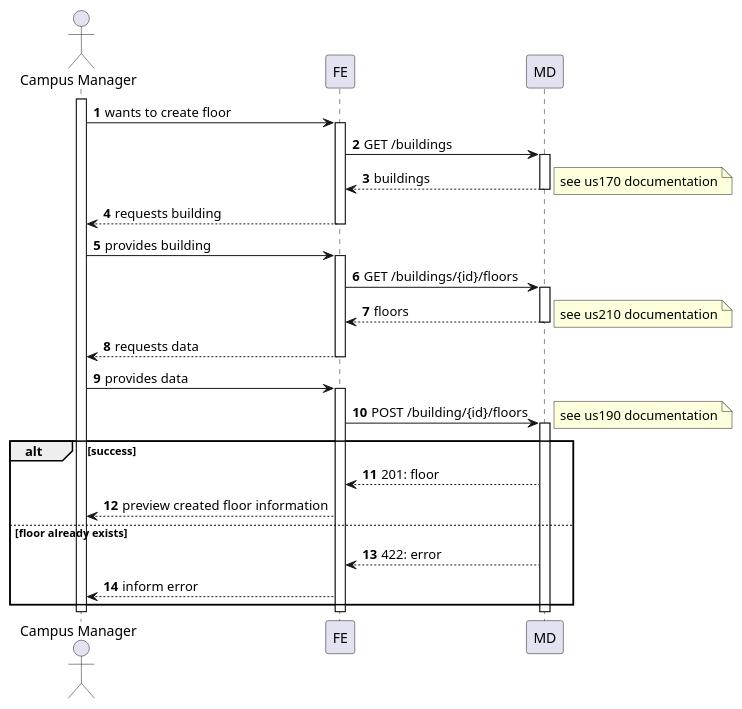
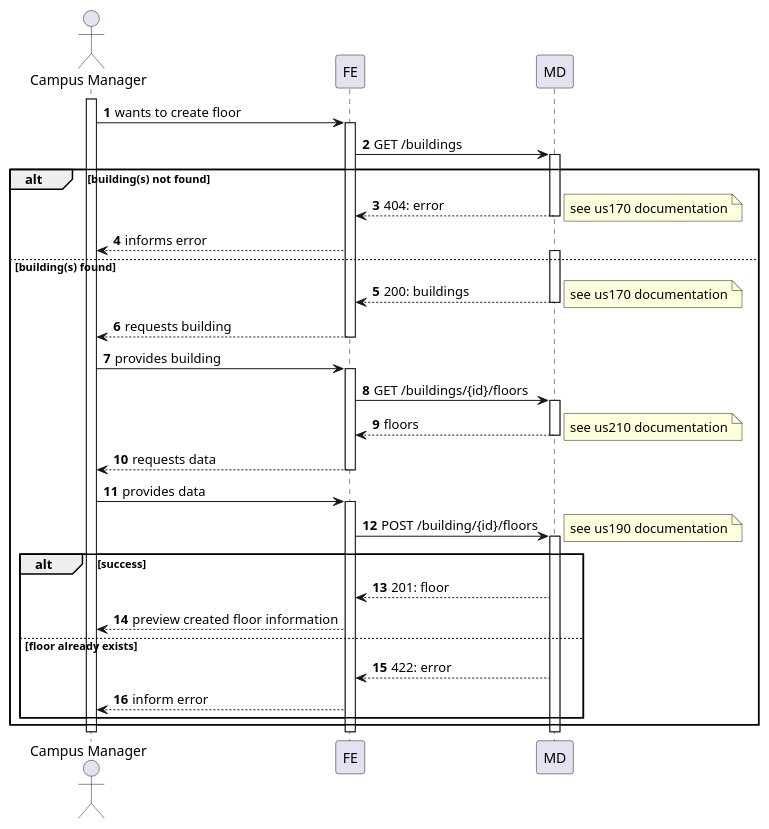
Before and after one commit to Departamento-de-Engenharia-Informatica/lapr5-23-24-g19: the diagram in docs/us1090/level2/process-view.puml, drawn with PlantUML. The commit also changed 3 other files, not shown here.

```diff
--- a/docs/us1090/level2/process-view.puml
+++ b/docs/us1090/level2/process-view.puml
@@ -1,47 +1,54 @@
 @startuml
 autonumber
 
 actor "Campus Manager" as usr
 
 participant "FE" as ui
 
 participant "MD" as md
 
 activate usr
 usr -> ui : wants to create floor
     activate ui
         ui -> md : GET /buildings
-        activate md
-            md --> ui : buildings
-            note right : see us170 documentation
-        deactivate md
-        ui --> usr : requests building
-    deactivate ui
+        alt building(s) not found
+            activate md
+                md --> ui : 404: error
+                note right : see us170 documentation
+            deactivate md
+            ui --> usr : informs error
+        else building(s) found
+            activate md
+                md --> ui : 200: buildings
+                note right : see us170 documentation
+            deactivate md
+            ui --> usr : requests building
+        deactivate ui
 
-    usr -> ui : provides building
-    activate ui
-        ui -> md : GET /buildings/{id}/floors
-        activate md
-            md --> ui : floors
-            note right : see us210 documentation
-        deactivate md
-        ui --> usr : requests data
-    deactivate ui
+        usr -> ui : provides building
+        activate ui
+            ui -> md : GET /buildings/{id}/floors
+            activate md
+                md --> ui : floors
+                note right : see us210 documentation
+            deactivate md
+            ui --> usr : requests data
+        deactivate ui
 
-    usr -> ui : provides data
-    activate ui
-        ui -> md : POST /building/{id}/floors
-        activate md
-        note right : see us190 documentation
-            alt success
-                md --> ui : 201: floor
-                ui --> usr : preview created floor information
-            else floor already exists
-                md --> ui : 422: error
-                ui --> usr : inform error
-            end
+        usr -> ui : provides data
+        activate ui
+            ui -> md : POST /building/{id}/floors
+            activate md
+            note right : see us190 documentation
+                alt success
+                    md --> ui : 201: floor
+                    ui --> usr : preview created floor information
+                else floor already exists
+                    md --> ui : 422: error
+                    ui --> usr : inform error
+                end
+        end
         deactivate md
     deactivate ui
 deactivate usr
-
 @enduml
```
